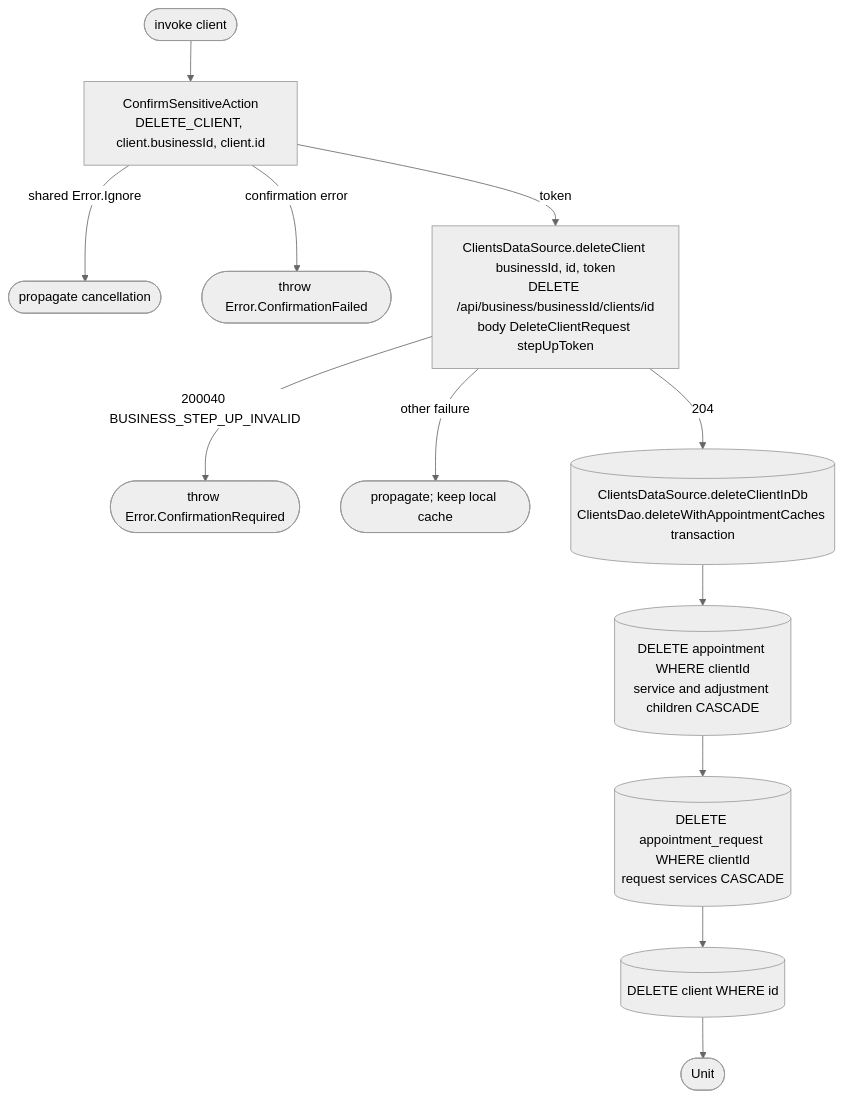
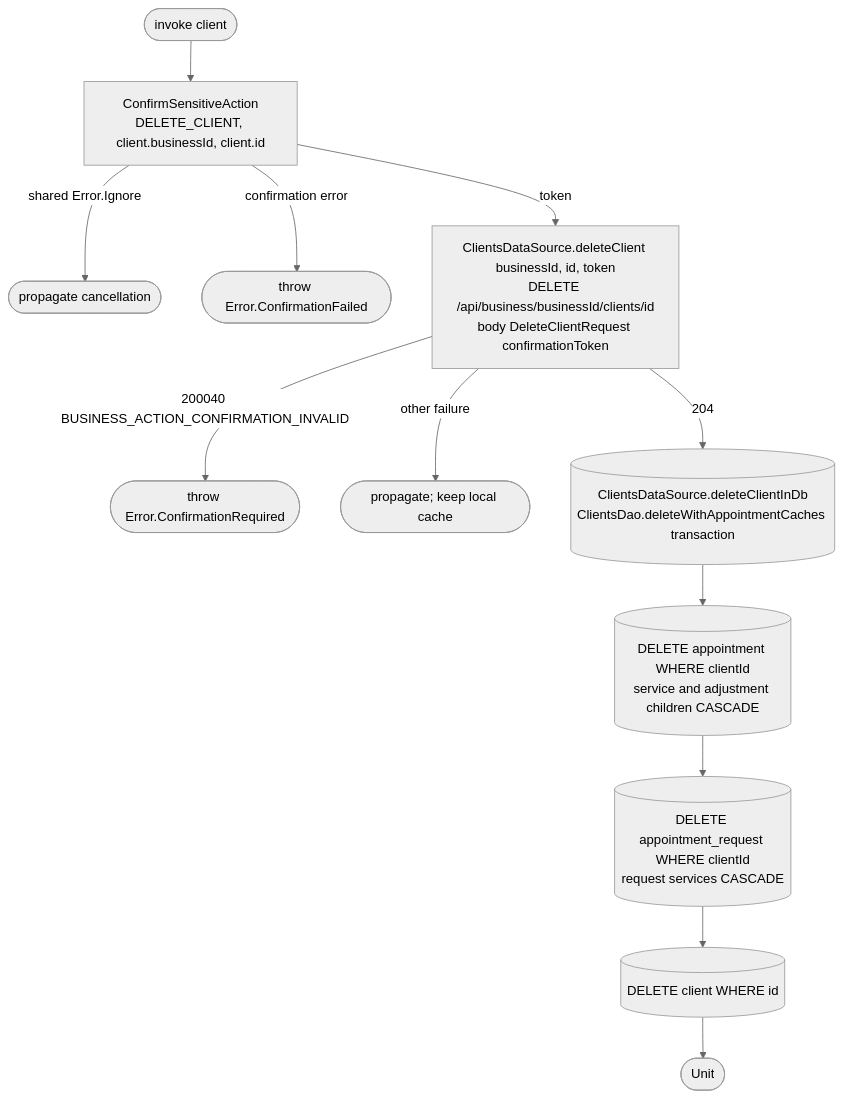
Before and after one commit to nocturneproperties/bookkme-client: the diagram in docs/operations/clients/delete-client.md, drawn with Mermaid (neutral theme). The commit also changed 54 other files, not shown here.

Commit message:
[ISSUE-119] rename step up flow to action confirmation

````diff
--- a/docs/operations/clients/delete-client.md
+++ b/docs/operations/clients/delete-client.md
@@ -7,13 +7,13 @@
 ```mermaid
 flowchart TD
     Start([invoke client]) --> Confirm[ConfirmSensitiveAction<br/>DELETE_CLIENT, client.businessId, client.id]
     Confirm -- shared Error.Ignore --> Cancel([propagate cancellation])
     Confirm -- confirmation error --> Failed([throw Error.ConfirmationFailed])
-    Confirm -- token --> Net[ClientsDataSource.deleteClient businessId, id, token<br/>DELETE /api/business/businessId/clients/id<br/>body DeleteClientRequest stepUpToken]
-    Net -- 200040 BUSINESS_STEP_UP_INVALID --> Required([throw Error.ConfirmationRequired])
+    Confirm -- token --> Net[ClientsDataSource.deleteClient businessId, id, token<br/>DELETE /api/business/businessId/clients/id<br/>body DeleteClientRequest confirmationToken]
+    Net -- 200040 BUSINESS_ACTION_CONFIRMATION_INVALID --> Required([throw Error.ConfirmationRequired])
     Net -- other failure --> Error([propagate; keep local cache])
     Net -- 204 --> Del[(ClientsDataSource.deleteClientInDb<br/>ClientsDao.deleteWithAppointmentCaches transaction)]
     Del --> App[(DELETE appointment WHERE clientId<br/>service and adjustment children CASCADE)]
     App --> Req[(DELETE appointment_request WHERE clientId<br/>request services CASCADE)]
     Req --> Client[(DELETE client WHERE id)] --> R([Unit])
 ```
````
